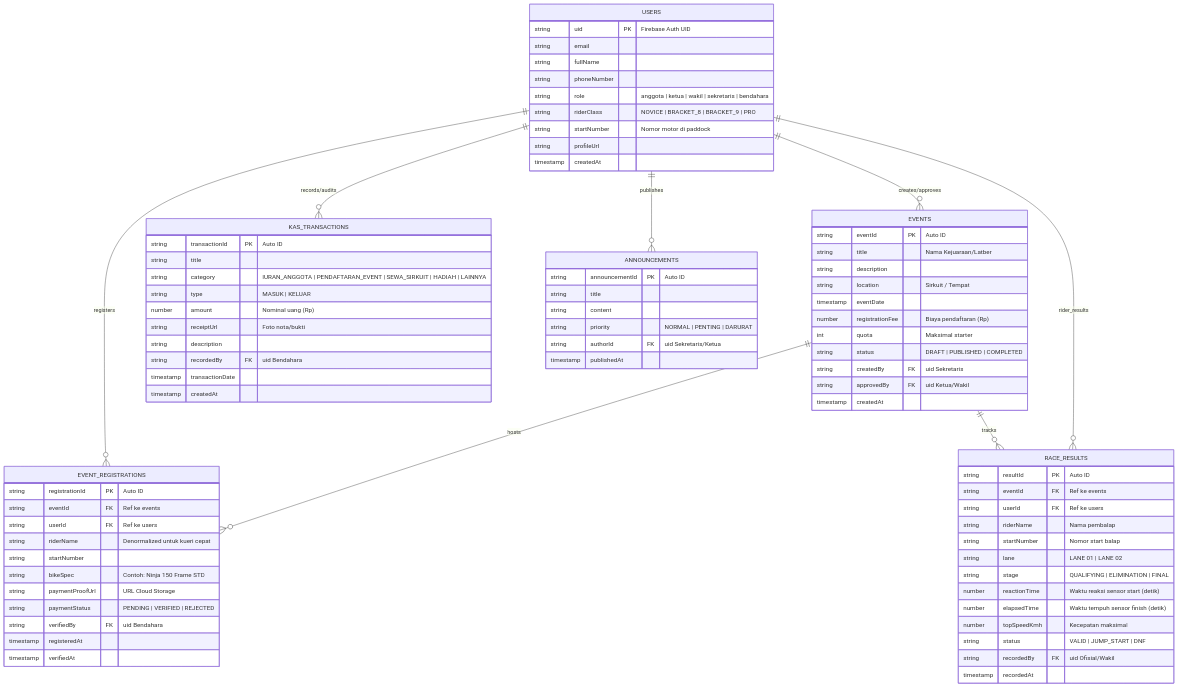
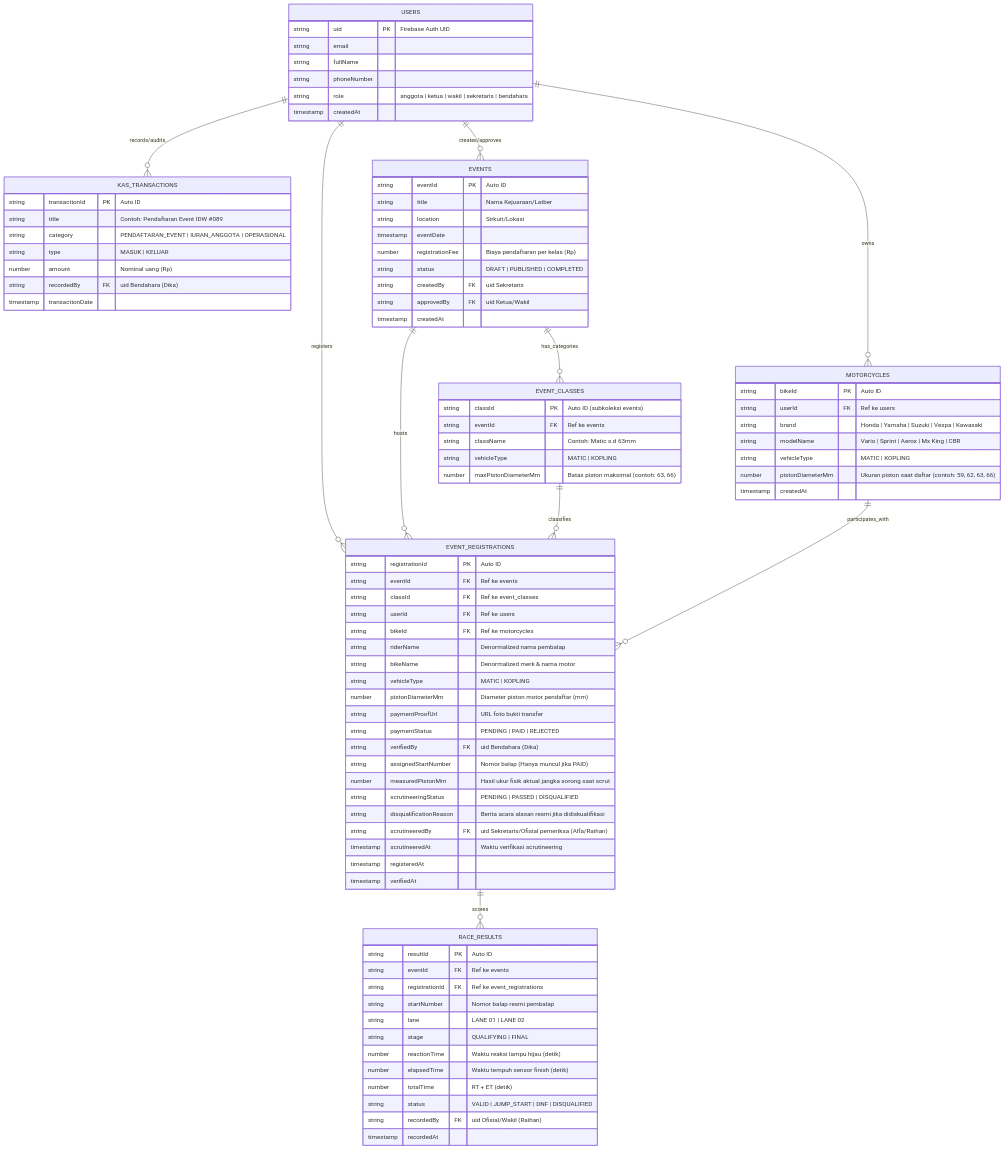
The diagram in docs/ERD_DragHub.md (rhndty/draghub), drawn with Mermaid before and after one commit. The commit also changed other lines of this file and 2 other files, not shown here.

Commit message:
update prd, erd, dan pembagian tugas git

````diff
--- a/docs/ERD_DragHub.md
+++ b/docs/ERD_DragHub.md
@@ -11,14 +11,16 @@
 ```mermaid
 erDiagram
-    USERS ||--o{ EVENTS : "creates/approves"
+    USERS ||--o{ MOTORCYCLES : "owns"
     USERS ||--o{ EVENT_REGISTRATIONS : "registers"
     USERS ||--o{ KAS_TRANSACTIONS : "records/audits"
-    USERS ||--o{ ANNOUNCEMENTS : "publishes"
+    USERS ||--o{ EVENTS : "creates/approves"
     
+    EVENTS ||--o{ EVENT_CLASSES : "has_categories"
     EVENTS ||--o{ EVENT_REGISTRATIONS : "hosts"
-    EVENTS ||--o{ RACE_RESULTS : "tracks"
+    EVENT_CLASSES ||--o{ EVENT_REGISTRATIONS : "classifies"
     
-    USERS ||--o{ RACE_RESULTS : "rider_results"
+    MOTORCYCLES ||--o{ EVENT_REGISTRATIONS : "participates_with"
+    EVENT_REGISTRATIONS ||--o{ RACE_RESULTS : "scores"
 
     USERS {
         string uid PK "Firebase Auth UID"
@@ -26,36 +28,58 @@
         string fullName
         string phoneNumber
         string role "anggota | ketua | wakil | sekretaris | bendahara"
-        string riderClass "NOVICE | BRACKET_8 | BRACKET_9 | PRO"
-        string startNumber "Nomor motor di paddock"
-        string profileUrl
+        timestamp createdAt
+    }
+
+    MOTORCYCLES {
+        string bikeId PK "Auto ID"
+        string userId FK "Ref ke users"
+        string brand "Honda | Yamaha | Suzuki | Vespa | Kawasaki"
+        string modelName "Vario | Sprint | Aerox | Mx King | CBR"
+        string vehicleType "MATIC | KOPLING"
+        number pistonDiameterMm "Ukuran piston saat daftar (contoh: 59, 62, 63, 66)"
         timestamp createdAt
     }
 
     EVENTS {
         string eventId PK "Auto ID"
         string title "Nama Kejuaraan/Latber"
-        string description
-        string location "Sirkuit / Tempat"
+        string location "Sirkuit/Lokasi"
         timestamp eventDate
-        number registrationFee "Biaya pendaftaran (Rp)"
-        int quota "Maksimal starter"
+        number registrationFee "Biaya pendaftaran per kelas (Rp)"
         string status "DRAFT | PUBLISHED | COMPLETED"
         string createdBy FK "uid Sekretaris"
         string approvedBy FK "uid Ketua/Wakil"
         timestamp createdAt
     }
 
+    EVENT_CLASSES {
+        string classId PK "Auto ID (subkoleksi events)"
+        string eventId FK "Ref ke events"
+        string className "Contoh: Matic s.d 63mm"
+        string vehicleType "MATIC | KOPLING"
+        number maxPistonDiameterMm "Batas piston maksimal (contoh: 63, 66)"
+    }
+
     EVENT_REGISTRATIONS {
         string registrationId PK "Auto ID"
         string eventId FK "Ref ke events"
+        string classId FK "Ref ke event_classes"
         string userId FK "Ref ke users"
-        string riderName "Denormalized untuk kueri cepat"
-        string startNumber
-        string bikeSpec "Contoh: Ninja 150 Frame STD"
-        string paymentProofUrl "URL Cloud Storage"
-        string paymentStatus "PENDING | VERIFIED | REJECTED"
-        string verifiedBy FK "uid Bendahara"
+        string bikeId FK "Ref ke motorcycles"
+        string riderName "Denormalized nama pembalap"
+        string bikeName "Denormalized merk & nama motor"
+        string vehicleType "MATIC | KOPLING"
+        number pistonDiameterMm "Diameter piston motor pendaftar (mm)"
+        string paymentProofUrl "URL foto bukti transfer"
+        string paymentStatus "PENDING | PAID | REJECTED"
+        string verifiedBy FK "uid Bendahara (Dika)"
+        string assignedStartNumber "Nomor balap (Hanya muncul jika PAID)"
+        number measuredPistonMm "Hasil ukur fisik aktual jangka sorong saat scrut"
+        string scrutineeringStatus "PENDING | PASSED | DISQUALIFIED"
+        string disqualificationReason "Berita acara alasan resmi jika didiskualifikasi"
+        string scrutineeredBy FK "uid Sekretaris/Ofisial pemeriksa (Alfa/Raihan)"
+        timestamp scrutineeredAt "Waktu verifikasi scrutineering"
         timestamp registeredAt
         timestamp verifiedAt
     }
@@ -63,38 +87,25 @@
     RACE_RESULTS {
         string resultId PK "Auto ID"
         string eventId FK "Ref ke events"
-        string userId FK "Ref ke users"
-        string riderName "Nama pembalap"
-        string startNumber "Nomor start balap"
+        string registrationId FK "Ref ke event_registrations"
+        string startNumber "Nomor balap resmi pembalap"
         string lane "LANE 01 | LANE 02"
-        string stage "QUALIFYING | ELIMINATION | FINAL"
-        number reactionTime "Waktu reaksi sensor start (detik)"
+        string stage "QUALIFYING | FINAL"
+        number reactionTime "Waktu reaksi lampu hijau (detik)"
         number elapsedTime "Waktu tempuh sensor finish (detik)"
-        number topSpeedKmh "Kecepatan maksimal"
-        string status "VALID | JUMP_START | DNF"
-        string recordedBy FK "uid Ofisial/Wakil"
+        number totalTime "RT + ET (detik)"
+        string status "VALID | JUMP_START | DNF | DISQUALIFIED"
+        string recordedBy FK "uid Ofisial/Wakil (Raihan)"
         timestamp recordedAt
     }
 
     KAS_TRANSACTIONS {
         string transactionId PK "Auto ID"
-        string title
-        string category "IURAN_ANGGOTA | PENDAFTARAN_EVENT | SEWA_SIRKUIT | HADIAH | LAINNYA"
+        string title "Contoh: Pendaftaran Event IDW #089"
+        string category "PENDAFTARAN_EVENT | IURAN_ANGGOTA | OPERASIONAL"
         string type "MASUK | KELUAR"
         number amount "Nominal uang (Rp)"
-        string receiptUrl "Foto nota/bukti"
-        string description
-        string recordedBy FK "uid Bendahara"
+        string recordedBy FK "uid Bendahara (Dika)"
         timestamp transactionDate
-        timestamp createdAt
-    }
-
-    ANNOUNCEMENTS {
-        string announcementId PK "Auto ID"
-        string title
-        string content
-        string priority "NORMAL | PENTING | DARURAT"
-        string authorId FK "uid Sekretaris/Ketua"
-        timestamp publishedAt
     }
 ```
````
